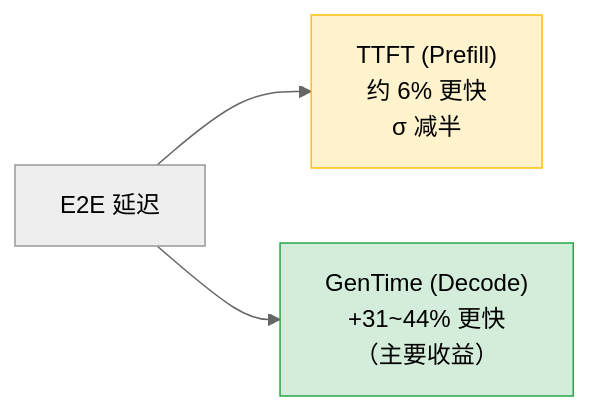
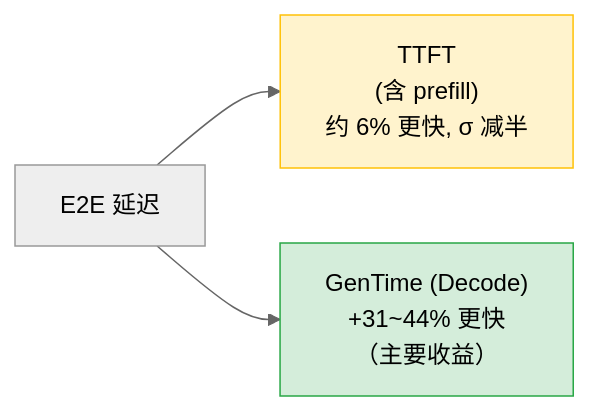
The second of 3 diagrams in Agents/AOAI-Priority-Processing-Benchmark/README-CN.md (david-xinyuwei/david-share), drawn with Mermaid (neutral theme) before and after one commit. The commit also changed other lines of this file and 1 other file, not shown here.

Commit message:
Fix: TTFT (prefill) → TTFT (incl. prefill) — TTFT includes network+scheduling+prefill, not just prefill

````diff
--- a/Agents/AOAI-Priority-Processing-Benchmark/README-CN.md
+++ b/Agents/AOAI-Priority-Processing-Benchmark/README-CN.md
@@ -98,8 +98,8 @@
 ```mermaid
 flowchart LR
-    E2E["E2E 延迟"] --> TTFT["TTFT (Prefill)<br/>约 6% 更快<br/>σ 减半"]
+    E2E["E2E 延迟"] --> TTFT["TTFT<br/>(含 prefill)<br/>约 6% 更快, σ 减半"]
     E2E --> GenTime["GenTime (Decode)<br/>+31~44% 更快<br/>（主要收益）"]
     
     style TTFT fill:#fff3cd,stroke:#ffc107
     style GenTime fill:#d4edda,stroke:#28a745
 ```
````
